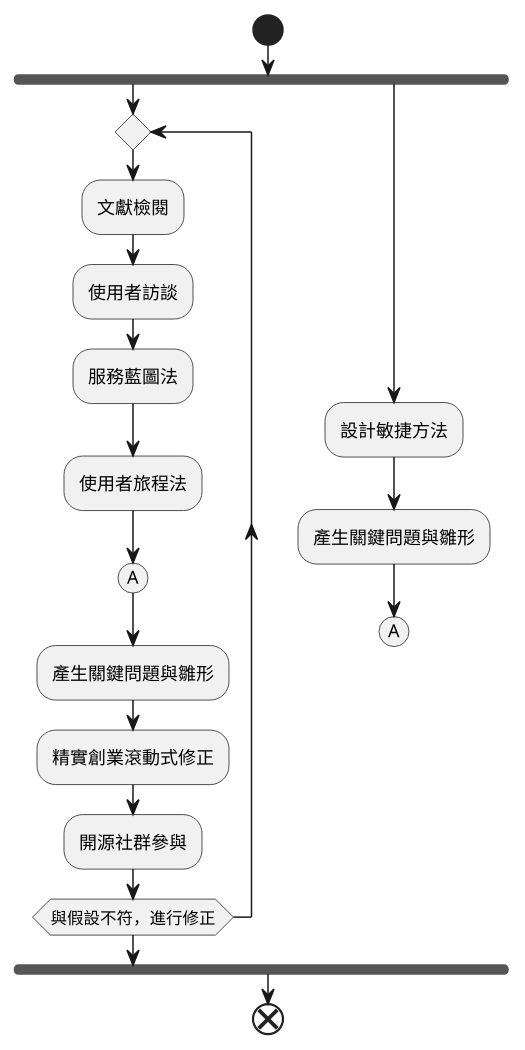
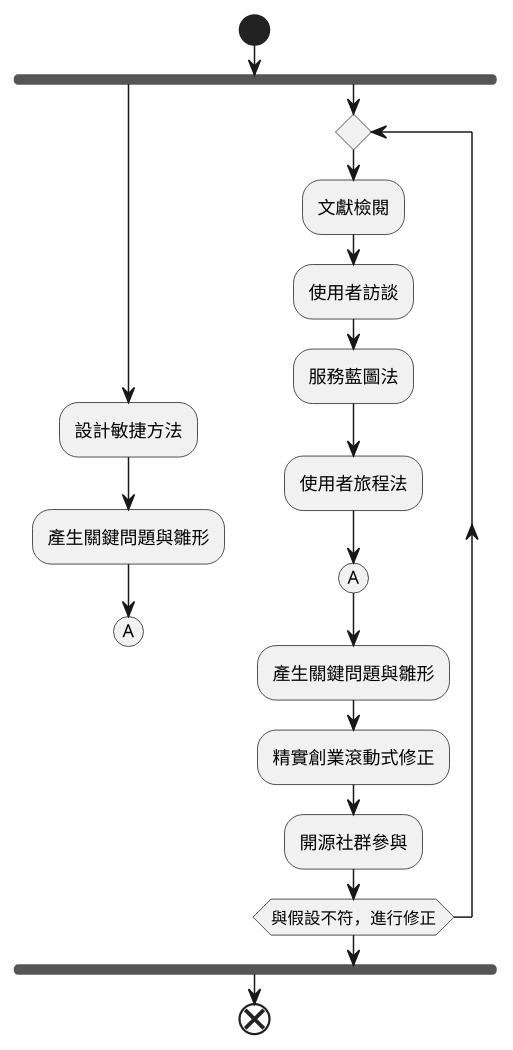
The first of 2 diagrams in report2/README.org (SenseTW/ArrTMDReport), drawn with PlantUML before and after one commit. The commit also changed 1 other file, not shown here.

Commit message:
SAVEPOINT

```diff
--- a/report2/README.org
+++ b/report2/README.org
@@ -164,21 +164,21 @@
  #+BEGIN_SRC plantuml :results none :file research_flow.png :cache yes
    start
    fork
+      :設計敏捷方法;
+      :產生關鍵問題與雛形;
+       (A)
+       detach
+   fork again
        repeat
        :文獻檢閱;
        :使用者訪談;
        :服務藍圖法;
        :使用者旅程法;
        (A)
        :產生關鍵問題與雛形;
        :精實創業滾動式修正;
        :開源社群參與;
        repeat while (與假設不符，進行修正)
-   fork again
-      :設計敏捷方法;
-      :產生關鍵問題與雛形;
-       (A)
-      detach
    endfork
    end
  #+END_SRC
```
